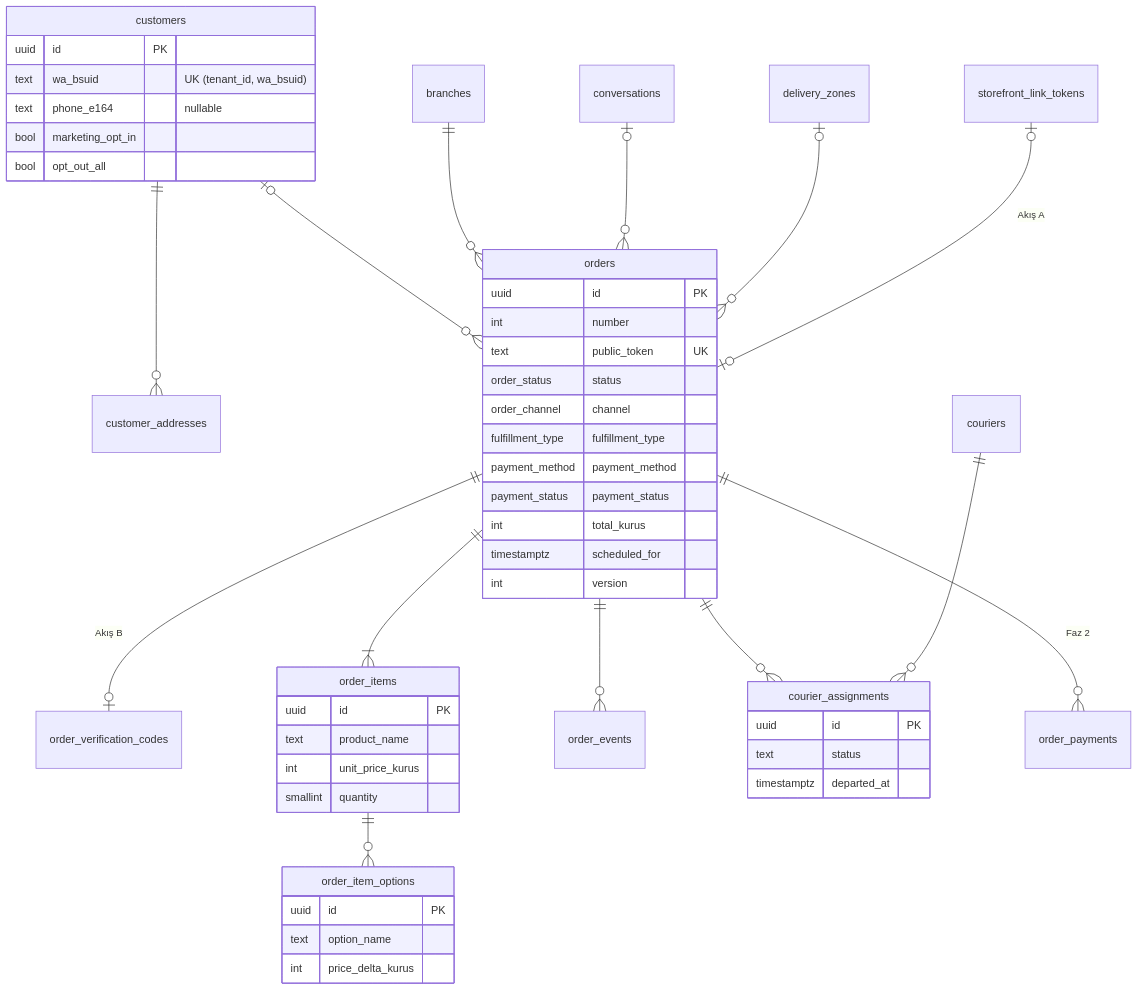
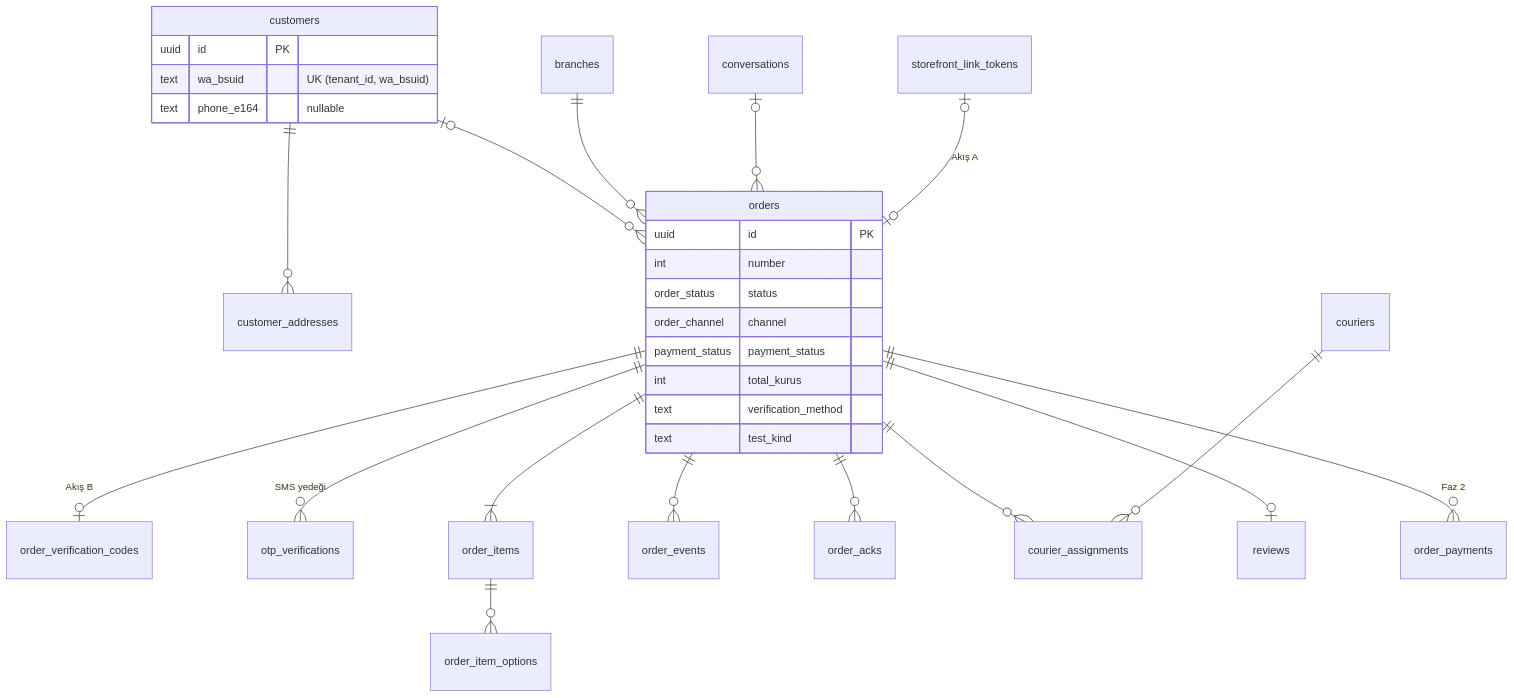
One commit to eraycaylak/siparisinonunde changed the third of 9 diagrams in docs/07-veri-modeli-ve-api.md. Above: the diagram before and after it, drawn with Mermaid. The commit also changed other lines of this file, not shown here.

````diff
--- a/docs/07-veri-modeli-ve-api.md
+++ b/docs/07-veri-modeli-ve-api.md
@@ -194,42 +172,33 @@
 ```mermaid
 erDiagram
   customers ||--o{ customer_addresses : ""
   customers |o--o{ orders : ""
   branches ||--o{ orders : ""
   conversations |o--o{ orders : ""
-  delivery_zones |o--o{ orders : ""
   storefront_link_tokens |o--o| orders : "Akış A"
   orders ||--o| order_verification_codes : "Akış B"
+  orders ||--o{ otp_verifications : "SMS yedeği"
   orders ||--|{ order_items : ""
   order_items ||--o{ order_item_options : ""
   orders ||--o{ order_events : ""
+  orders ||--o{ order_acks : ""
   orders ||--o{ courier_assignments : ""
   couriers ||--o{ courier_assignments : ""
+  orders ||--o| reviews : ""
   orders ||--o{ order_payments : "Faz 2"
-  customers { uuid id PK
+  customers {
+    uuid id PK
     text wa_bsuid "UK (tenant_id, wa_bsuid)"
     text phone_e164 "nullable"
-    bool marketing_opt_in
-    bool opt_out_all }
-  orders { uuid id PK
+  }
+  orders {
+    uuid id PK
     int number
-    text public_token UK
     order_status status
     order_channel channel
-    fulfillment_type fulfillment_type
-    payment_method payment_method
     payment_status payment_status
     int total_kurus
-    timestamptz scheduled_for
-    int version }
-  order_items { uuid id PK
-    text product_name
-    int unit_price_kurus
-    smallint quantity }
-  order_item_options { uuid id PK
-    text option_name
-    int price_delta_kurus }
-  courier_assignments { uuid id PK
-    text status
-    timestamptz departed_at }
+    text verification_method
+    text test_kind
+  }
 ```
````
